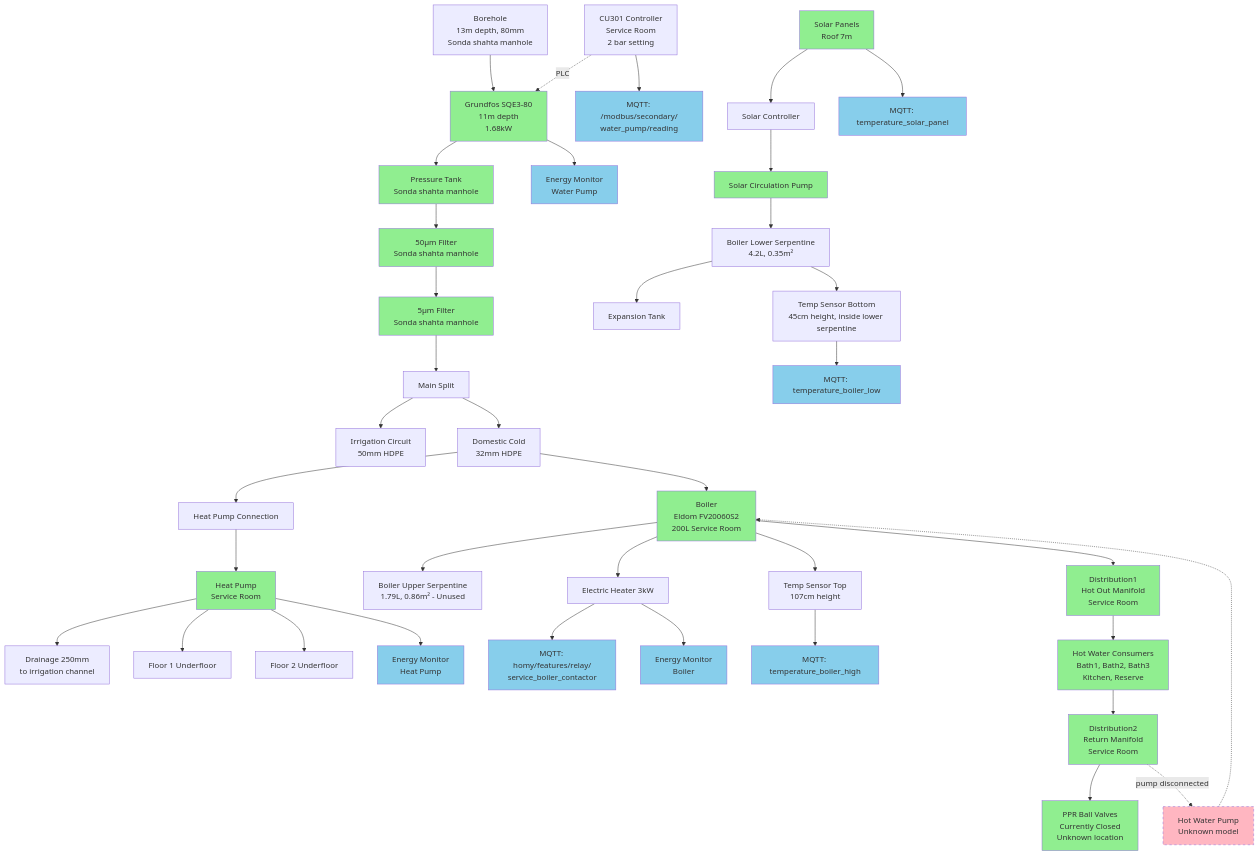
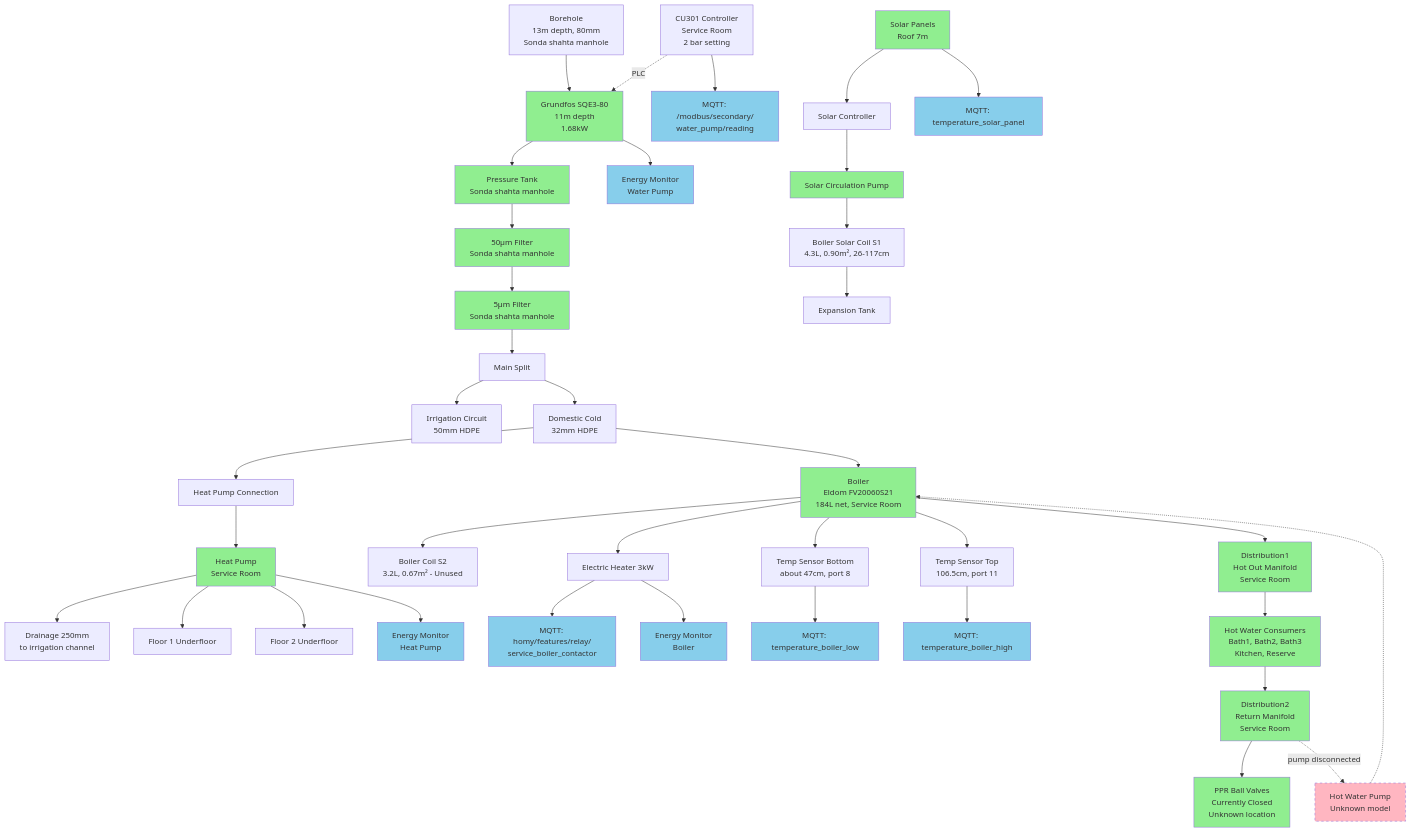
The diagram in docs/water_system_diagram.mermaid (groupsky/homy), drawn with Mermaid before and after one commit. The commit also changed 2 other files, not shown here.

Commit message:
docs: boiler is Eldom FV20060S21, 184 L net; add port table and coil data (#1980)

```diff
--- a/docs/water_system_diagram.mermaid
+++ b/docs/water_system_diagram.mermaid
@@ -1,69 +1,69 @@
 graph TD
     %% Ground Water Source
     BH[Borehole<br/>13m depth, 80mm<br/>Sonda shahta manhole] --> P[Grundfos SQE3-80<br/>11m depth<br/>1.68kW]
     P --> PT[Pressure Tank<br/>Sonda shahta manhole]
     PT --> F1[50μm Filter<br/>Sonda shahta manhole]
     F1 --> F2[5μm Filter<br/>Sonda shahta manhole]
     F2 --> MS[Main Split]
     
     %% Controller
     PC[CU301 Controller<br/>Service Room<br/>2 bar setting] -.->|PLC| P
     PC --> MT1[MQTT: /modbus/secondary/<br/>water_pump/reading]
     
     %% Main Distribution
     MS --> IRR[Irrigation Circuit<br/>50mm HDPE]
     MS --> DOM[Domestic Cold<br/>32mm HDPE]
     
     %% Heat Pump Connection
     DOM --> HPC[Heat Pump Connection]
     HPC --> HP[Heat Pump<br/>Service Room]
     HP --> DR[Drainage 250mm<br/>to irrigation channel]
     
     %% Hot Water System
-    DOM --> BR[Boiler<br/>Eldom FV20060S2<br/>200L Service Room]
+    DOM --> BR[Boiler<br/>Eldom FV20060S21<br/>184L net, Service Room]
     
     %% Solar System
     SP[Solar Panels<br/>Roof 7m] --> SC[Solar Controller]
     SC --> SPump[Solar Circulation Pump]
-    SPump --> BLS[Boiler Lower Serpentine<br/>4.2L, 0.35m²]
+    SPump --> BLS[Boiler Solar Coil S1<br/>4.3L, 0.90m², 26-117cm]
     BLS --> ET[Expansion Tank]
     
     %% Boiler Details
-    BR --> BHS[Boiler Upper Serpentine<br/>1.79L, 0.86m² - Unused]
+    BR --> BHS[Boiler Coil S2<br/>3.2L, 0.67m² - Unused]
     BR --> EH[Electric Heater 3kW]
     EH --> MT2[MQTT: homy/features/relay/<br/>service_boiler_contactor]
     
     %% Temperature Sensors
-    BLS --> TS1[Temp Sensor Bottom<br/>45cm height, inside lower serpentine]
-    BR --> TS2[Temp Sensor Top<br/>107cm height]
+    BR --> TS1[Temp Sensor Bottom<br/>about 47cm, port 8]
+    BR --> TS2[Temp Sensor Top<br/>106.5cm, port 11]
     TS1 --> MT3[MQTT: temperature_boiler_low]
     TS2 --> MT4[MQTT: temperature_boiler_high]
     SP --> MT5[MQTT: temperature_solar_panel]
     
     %% Hot Water Distribution (Operational)
     BR --> D1[Distribution1<br/>Hot Out Manifold<br/>Service Room]
     D1 --> CONS[Hot Water Consumers<br/>Bath1, Bath2, Bath3<br/>Kitchen, Reserve]
     CONS --> D2[Distribution2<br/>Return Manifold<br/>Service Room]
     D2 --> RV[PPR Ball Valves<br/>Currently Closed<br/>Unknown location]
     
     %% Hot Water Recirculation (Disconnected)
     D2 -.->|pump disconnected| HWP[Hot Water Pump<br/>Unknown model]
     HWP -.-> BR
     
     %% Underfloor Heating
     HP --> UF1[Floor 1 Underfloor]
     HP --> UF2[Floor 2 Underfloor]
     
     %% Energy Monitoring
     P --> EM1[Energy Monitor<br/>Water Pump]
     HP --> EM2[Energy Monitor<br/>Heat Pump]
     EH --> EM3[Energy Monitor<br/>Boiler]
     
     %% Styling
     classDef operational fill:#90EE90
     classDef disconnected fill:#FFB6C1,stroke-dasharray: 5 5
     classDef monitoring fill:#87CEEB
     
     class P,PT,F1,F2,BR,HP,SP,SPump,D1,D2,CONS,RV operational
     class HWP disconnected
     class MT1,MT2,MT3,MT4,MT5,EM1,EM2,EM3 monitoring
```
